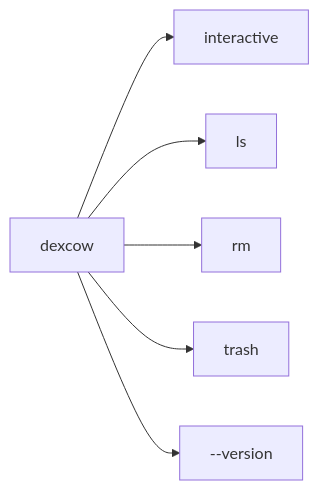
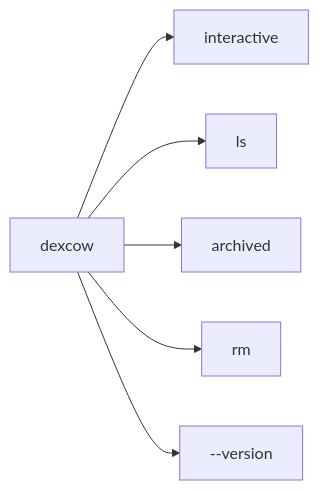
One commit to lemonbu5h/dexcow changed the first of 6 diagrams in docs/architecture.md. Above: the diagram before and after it, drawn with Mermaid. The commit also changed other lines of this file and 30 other files, not shown here.

````diff
--- a/docs/architecture.md
+++ b/docs/architecture.md
@@ -7,8 +7,8 @@
 ```mermaid
 flowchart LR
   A["dexcow"] --> B["interactive"]
   A --> C["ls"]
-  A --> D["rm <id...>"]
-  A --> E["trash"]
+  A --> D["archived"]
+  A --> E["rm <id...>"]
   A --> F["--version"]
 ```
````
